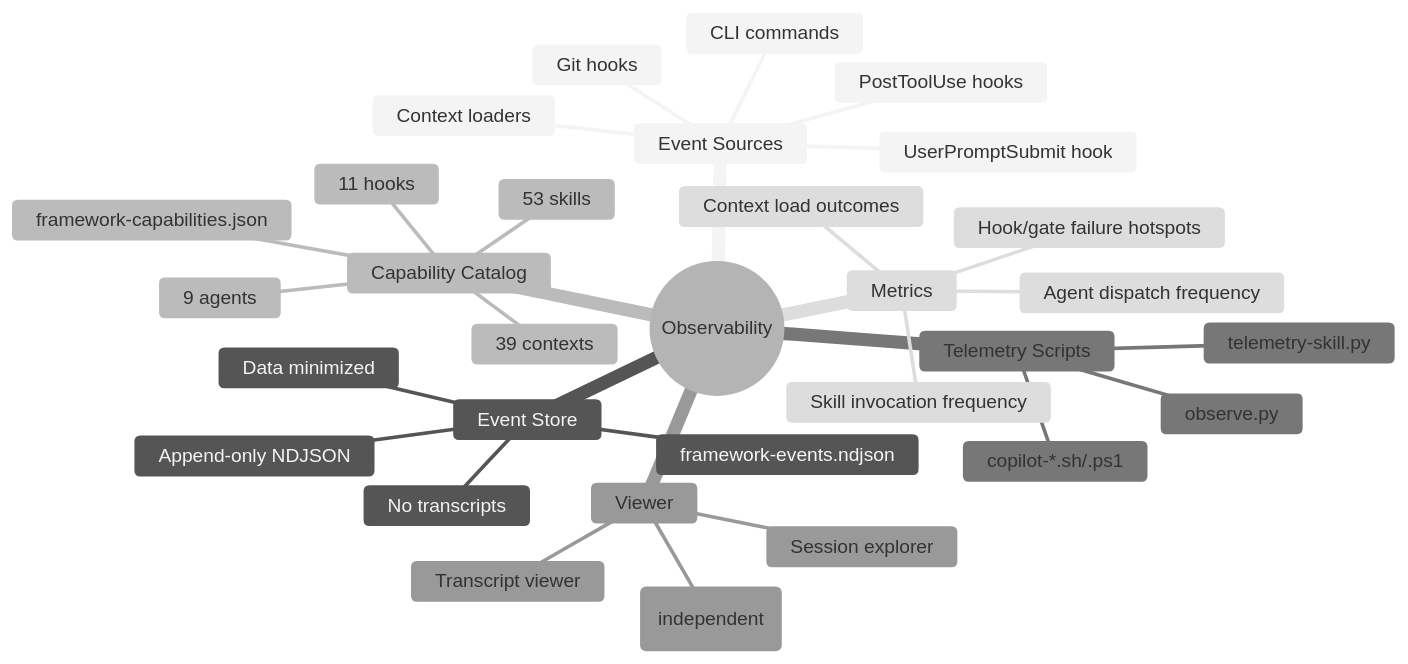
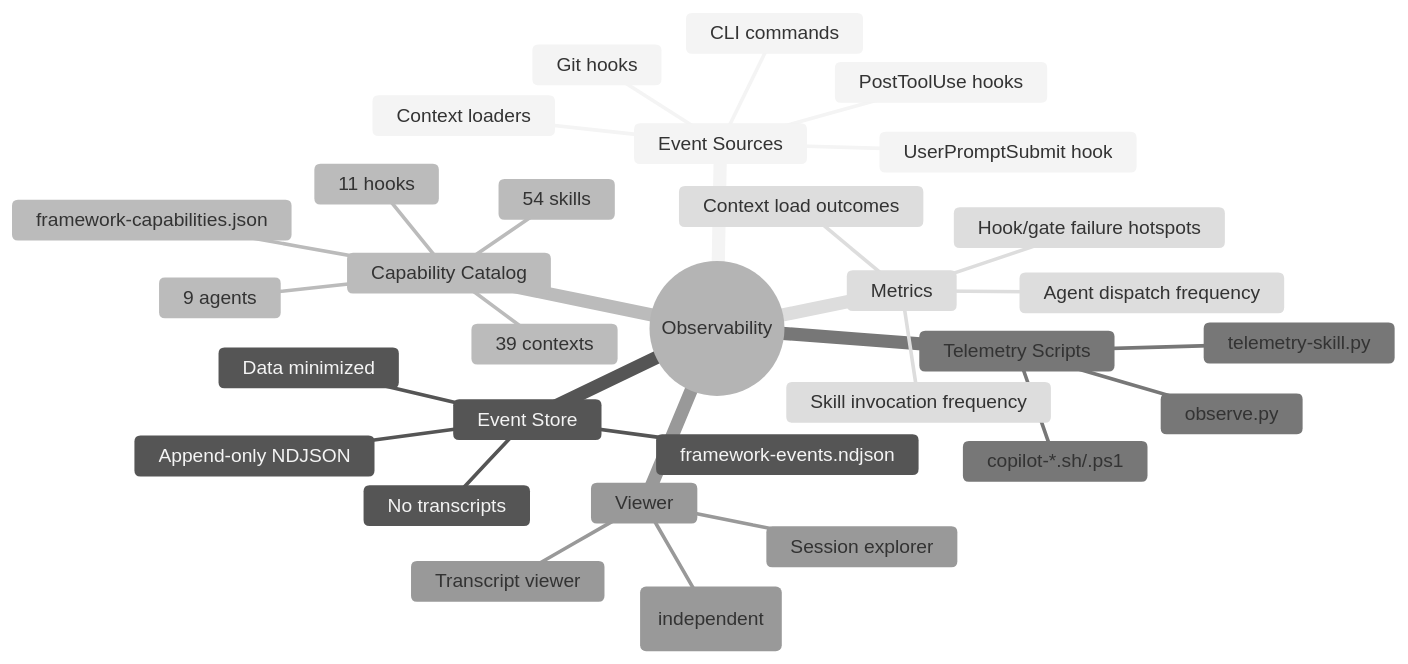
The seventh of 10 diagrams in .ai-engineering/solution-intent.md (arcasilesgroup/ai-engineering), drawn with Mermaid (neutral theme) before and after one commit. The commit also changed other lines of this file and 68 other files, not shown here.

````diff
--- a/.ai-engineering/solution-intent.md
+++ b/.ai-engineering/solution-intent.md
@@ -416,34 +416,34 @@
 ```mermaid
 mindmap
     root((Observability))
         Event Sources
             UserPromptSubmit hook
             PostToolUse hooks
             Context loaders
             Git hooks
             CLI commands
         Event Store
             framework-events.ndjson
             Append-only NDJSON
             Data minimized
             No transcripts
         Capability Catalog
             framework-capabilities.json
-            53 skills
+            54 skills
             9 agents
             39 contexts
             11 hooks
         Telemetry Scripts
             telemetry-skill.py
             observe.py
             copilot-*.sh/.ps1
         Viewer
             agentsview (independent)
             Session explorer
             Transcript viewer
         Metrics
             Skill invocation frequency
             Agent dispatch frequency
             Context load outcomes
             Hook/gate failure hotspots
 ```
````
